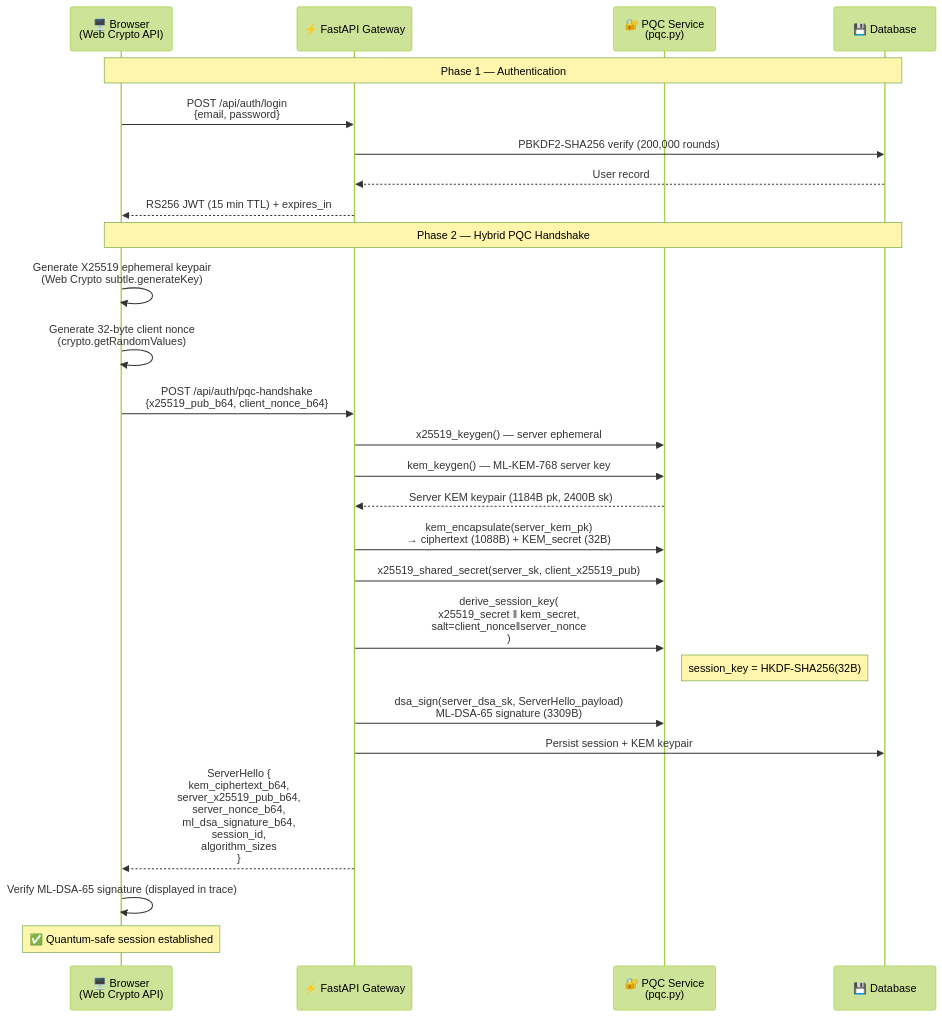
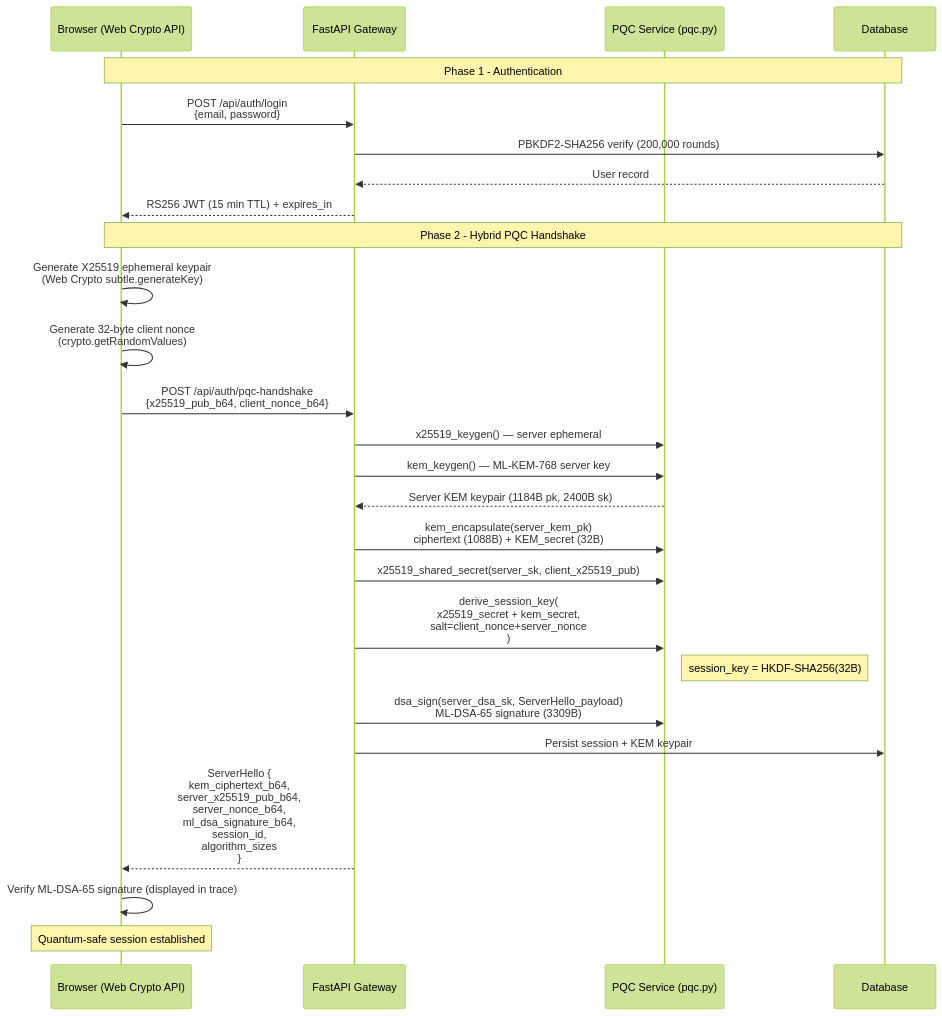
One commit to BugHunterX2101/quantumsentinel-web changed the second of 6 diagrams in README.md. Above: the diagram before and after it, drawn with Mermaid (forest theme). The commit also changed other lines of this file, not shown here.

````diff
--- a/README.md
+++ b/README.md
@@ -134,34 +134,34 @@
 ```mermaid
 sequenceDiagram
-    participant BR as 🖥️ Browser<br/>(Web Crypto API)
-    participant GW as ⚡ FastAPI Gateway
-    participant PQC as 🔐 PQC Service<br/>(pqc.py)
-    participant DB as 💾 Database
+    participant BR as Browser (Web Crypto API)
+    participant GW as FastAPI Gateway
+    participant PQC as PQC Service (pqc.py)
+    participant DB as Database
 
-    Note over BR,DB: Phase 1 — Authentication
+    Note over BR,DB: Phase 1 - Authentication
     BR->>GW: POST /api/auth/login<br/>{email, password}
     GW->>DB: PBKDF2-SHA256 verify (200,000 rounds)
     DB-->>GW: User record
     GW-->>BR: RS256 JWT (15 min TTL) + expires_in
 
-    Note over BR,DB: Phase 2 — Hybrid PQC Handshake
+    Note over BR,DB: Phase 2 - Hybrid PQC Handshake
     BR->>BR: Generate X25519 ephemeral keypair<br/>(Web Crypto subtle.generateKey)
     BR->>BR: Generate 32-byte client nonce<br/>(crypto.getRandomValues)
     BR->>GW: POST /api/auth/pqc-handshake<br/>{x25519_pub_b64, client_nonce_b64}
 
     GW->>PQC: x25519_keygen() — server ephemeral
     GW->>PQC: kem_keygen() — ML-KEM-768 server key
     PQC-->>GW: Server KEM keypair (1184B pk, 2400B sk)
 
-    GW->>PQC: kem_encapsulate(server_kem_pk)<br/>→ ciphertext (1088B) + KEM_secret (32B)
+    GW->>PQC: kem_encapsulate(server_kem_pk)<br/>ciphertext (1088B) + KEM_secret (32B)
     GW->>PQC: x25519_shared_secret(server_sk, client_x25519_pub)
-    GW->>PQC: derive_session_key(<br/>  x25519_secret ‖ kem_secret,<br/>  salt=client_nonce‖server_nonce<br/>)
+    GW->>PQC: derive_session_key(<br/>  x25519_secret + kem_secret,<br/>  salt=client_nonce+server_nonce<br/>)
     Note right of PQC: session_key = HKDF-SHA256(32B)
 
     GW->>PQC: dsa_sign(server_dsa_sk, ServerHello_payload)<br/>ML-DSA-65 signature (3309B)
     GW->>DB: Persist session + KEM keypair
     GW-->>BR: ServerHello {<br/>  kem_ciphertext_b64,<br/>  server_x25519_pub_b64,<br/>  server_nonce_b64,<br/>  ml_dsa_signature_b64,<br/>  session_id,<br/>  algorithm_sizes<br/>}
 
     BR->>BR: Verify ML-DSA-65 signature (displayed in trace)
-    Note over BR: ✅ Quantum-safe session established
+    Note over BR: Quantum-safe session established
 ```
````
